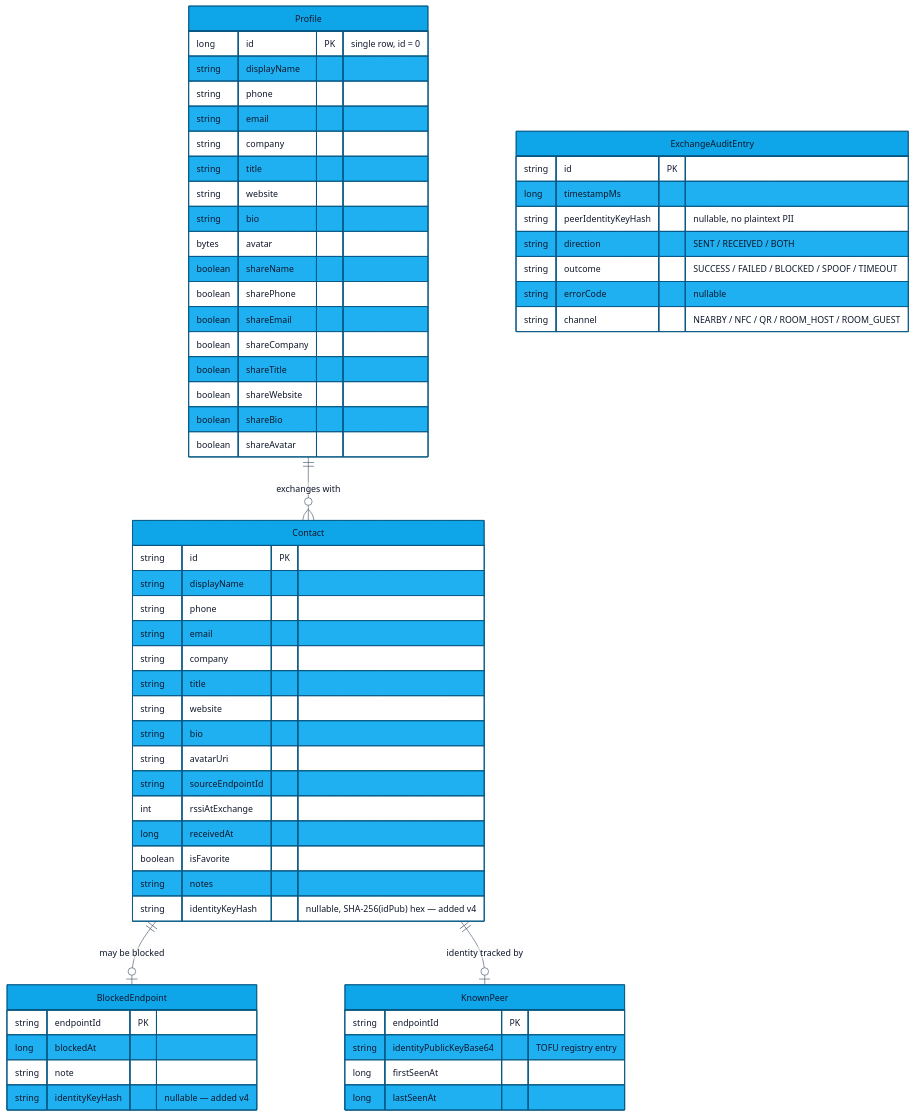
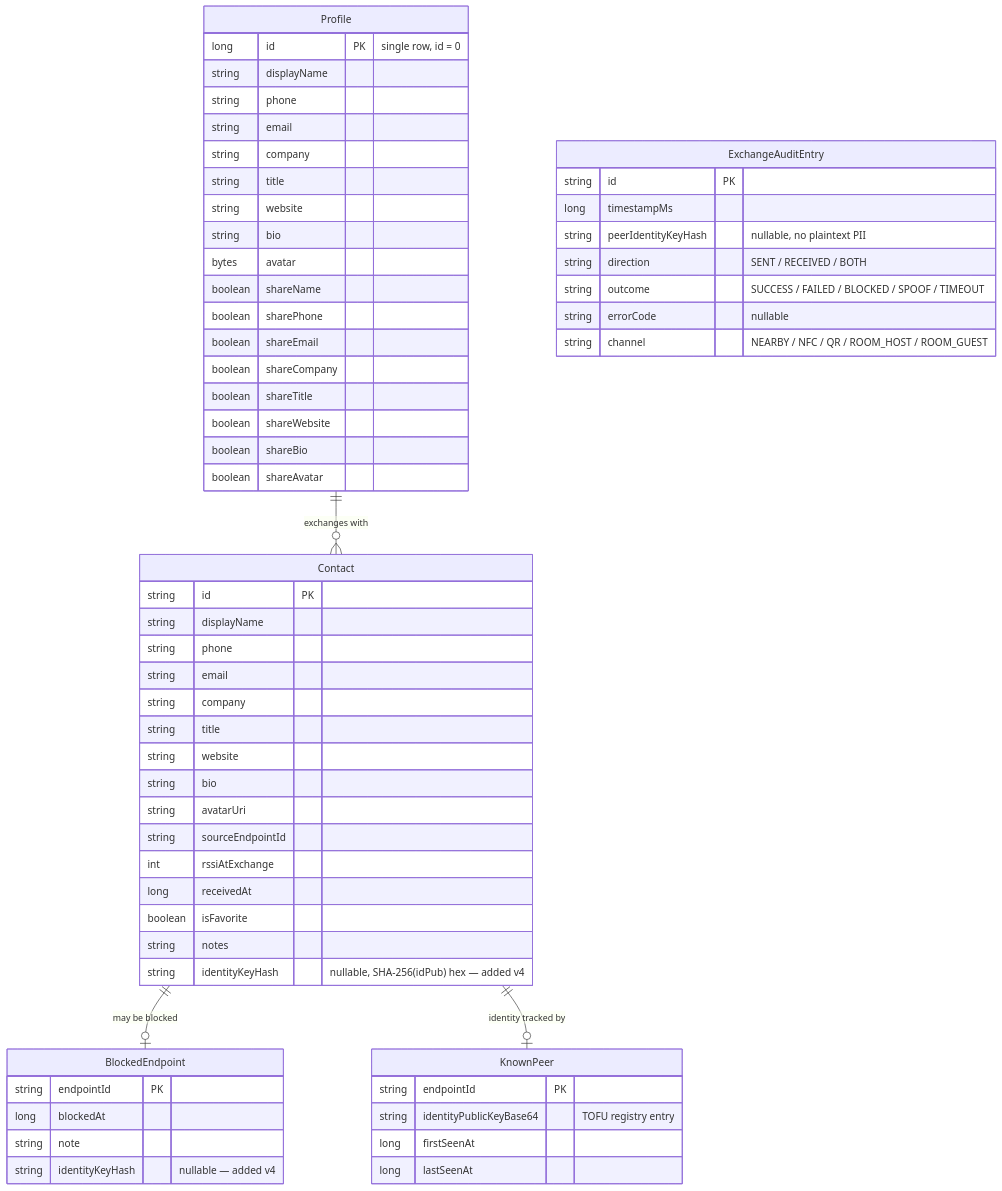
The first of 2 diagrams in docs/DATA_MODEL.md (Yash-Awasthi/Aura), drawn with Mermaid before and after one commit. The commit also changed other lines of this file and 8 other files, not shown here.

````diff
--- a/docs/DATA_MODEL.md
+++ b/docs/DATA_MODEL.md
@@ -9,80 +9,68 @@
 ```mermaid
-%%{init: {'theme':'base','themeVariables':{
-  'fontFamily':'ui-monospace, SFMono-Regular, Menlo, Monaco, monospace',
-  'fontSize':'14px',
-  'primaryColor':'#0EA5E9',
-  'primaryTextColor':'#0F172A',
-  'primaryBorderColor':'#075985',
-  'lineColor':'#475569',
-  'secondaryColor':'#F1F5F9',
-  'tertiaryColor':'#FAFAF9',
-  'clusterBkg':'#F8FAFC',
-  'clusterBorder':'#CBD5E1'
-},'flowchart':{'curve':'basis','nodeSpacing':40,'rankSpacing':50,'padding':12},'sequence':{'actorMargin':50,'boxMargin':10,'noteMargin':10,'messageMargin':35}}}%%
 erDiagram
     Profile {
         long id PK "single row, id = 0"
         string displayName
         string phone
         string email
         string company
         string title
         string website
         string bio
         bytes avatar
         boolean shareName
         boolean sharePhone
         boolean shareEmail
         boolean shareCompany
         boolean shareTitle
         boolean shareWebsite
         boolean shareBio
         boolean shareAvatar
     }
 
     Contact {
         string id PK
         string displayName
         string phone
         string email
         string company
         string title
         string website
         string bio
         string avatarUri
         string sourceEndpointId
         int rssiAtExchange
         long receivedAt
         boolean isFavorite
         string notes
         string identityKeyHash "nullable, SHA-256(idPub) hex — added v4"
     }
 
     BlockedEndpoint {
         string endpointId PK
         long blockedAt
         string note
         string identityKeyHash "nullable — added v4"
     }
 
     KnownPeer {
         string endpointId PK
         string identityPublicKeyBase64 "TOFU registry entry"
         long firstSeenAt
         long lastSeenAt
     }
 
     ExchangeAuditEntry {
         string id PK
         long timestampMs
         string peerIdentityKeyHash "nullable, no plaintext PII"
         string direction "SENT / RECEIVED / BOTH"
         string outcome "SUCCESS / FAILED / BLOCKED / SPOOF / TIMEOUT"
         string errorCode "nullable"
         string channel "NEARBY / NFC / QR / ROOM_HOST / ROOM_GUEST"
     }
 
     Profile ||--o{ Contact : "exchanges with"
     Contact ||--o| BlockedEndpoint : "may be blocked"
     Contact ||--o| KnownPeer : "identity tracked by"
 ```
````
